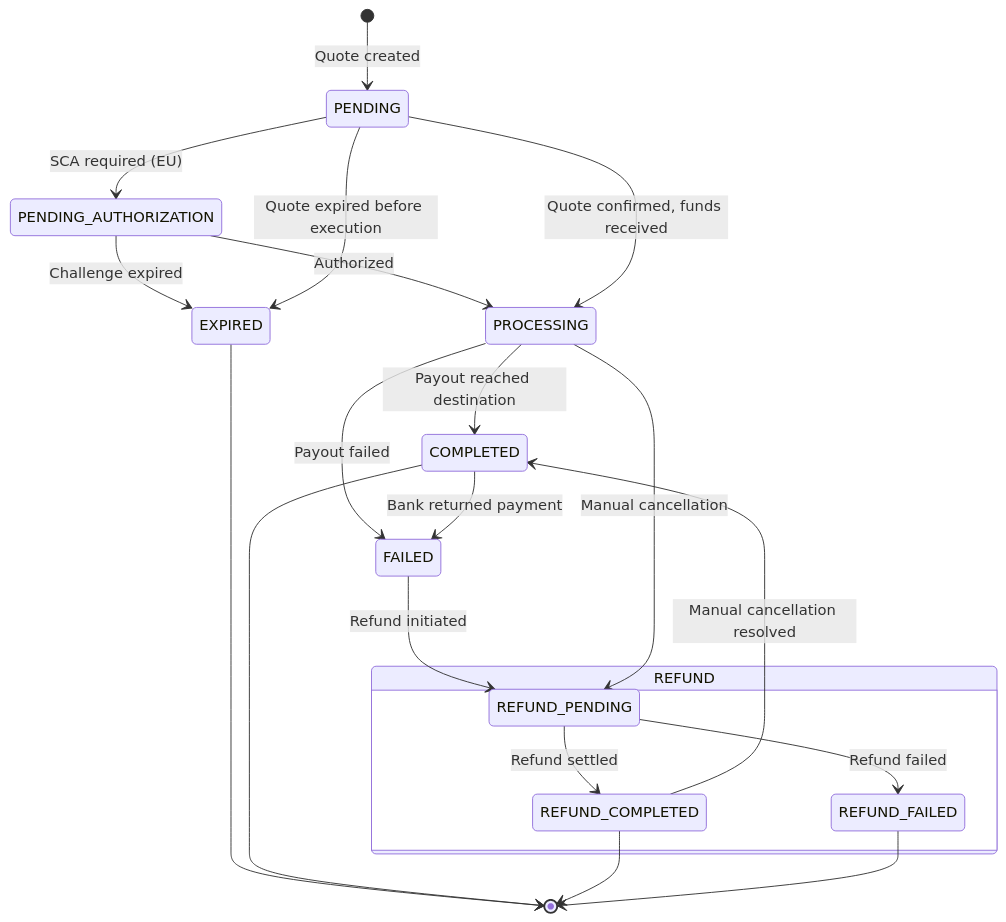
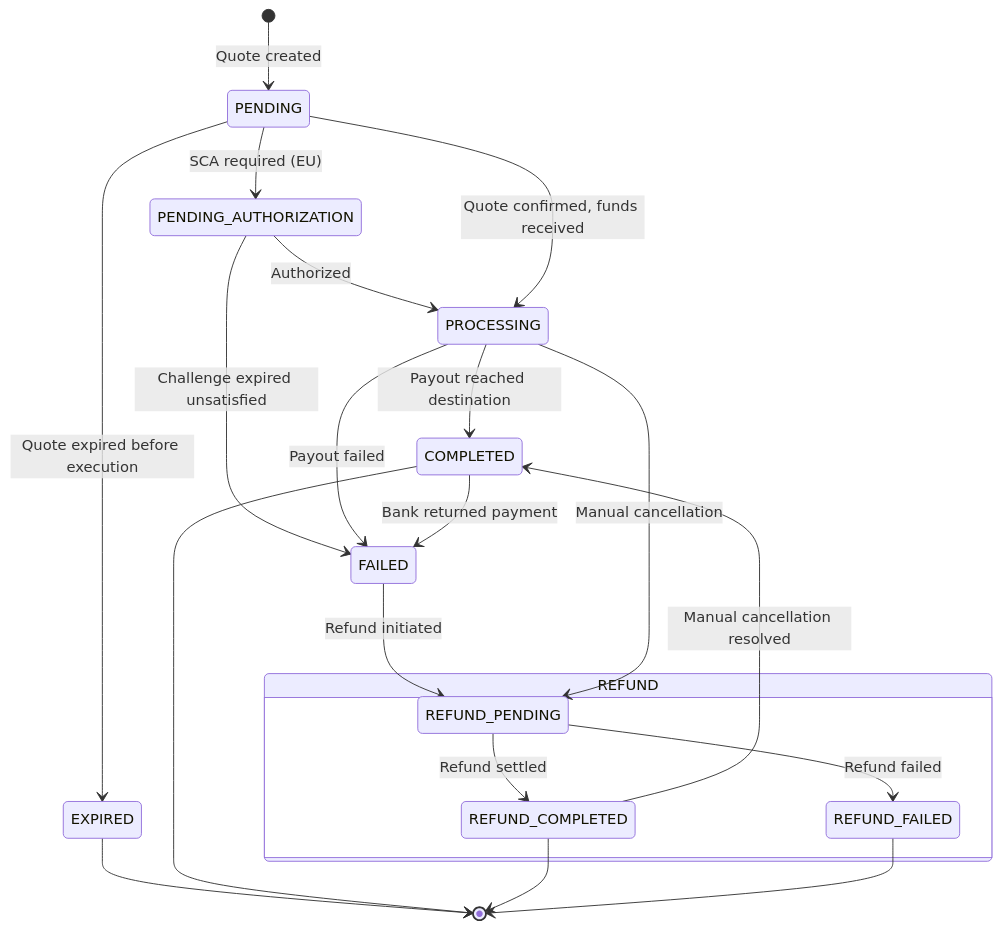
The diagram in mintlify/platform-overview/core-concepts/transaction-lifecycle.mdx (lightsparkdev/grid-api), drawn with Mermaid before and after one commit. The commit also changed other lines of this file and 6 other files, not shown here.

First line of the commit message:
docs: point PENDING_AUTHORIZATION at the quote's scaChallenge

````diff
--- a/mintlify/platform-overview/core-concepts/transaction-lifecycle.mdx
+++ b/mintlify/platform-overview/core-concepts/transaction-lifecycle.mdx
@@ -136,23 +136,23 @@
 ```mermaid
 stateDiagram-v2
     [*] --> PENDING : Quote created
     PENDING --> PENDING_AUTHORIZATION : SCA required (EU)
     PENDING_AUTHORIZATION --> PROCESSING : Authorized
-    PENDING_AUTHORIZATION --> EXPIRED : Challenge expired
+    PENDING_AUTHORIZATION --> FAILED : Challenge expired unsatisfied
     PENDING --> PROCESSING : Quote confirmed, funds received
     PENDING --> EXPIRED : Quote expired before execution
     PROCESSING --> COMPLETED : Payout reached destination
     PROCESSING --> FAILED : Payout failed
     COMPLETED --> FAILED : Bank returned payment
     FAILED --> REFUND_PENDING : Refund initiated
     PROCESSING --> REFUND_PENDING : Manual cancellation
     state "REFUND" as refund {
         REFUND_PENDING --> REFUND_COMPLETED : Refund settled
         REFUND_PENDING --> REFUND_FAILED : Refund failed
     }
     REFUND_COMPLETED --> COMPLETED : Manual cancellation resolved
     EXPIRED --> [*]
     COMPLETED --> [*]
     REFUND_COMPLETED --> [*]
     REFUND_FAILED --> [*]
 ```
````
